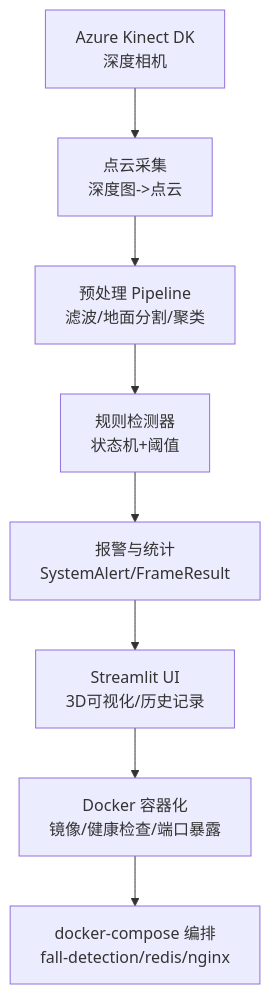
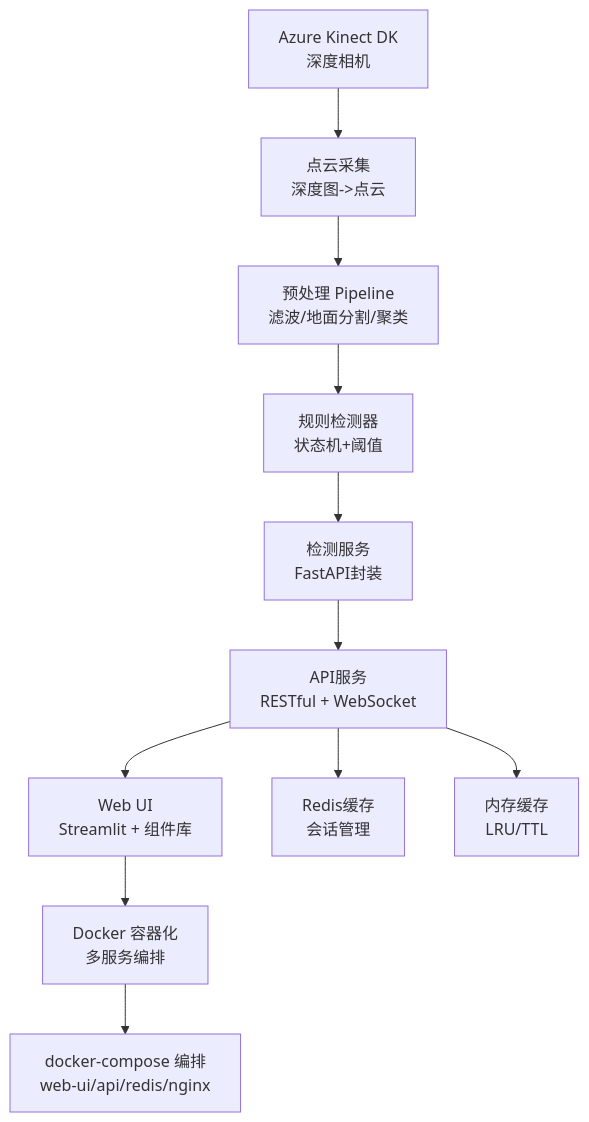
One commit to nanfeng2021/fall-detection-system changed the second of 10 diagrams in .qoder/repowiki/zh/content/系统架构/技术栈选型.md. Above: the diagram before and after it, drawn with Mermaid. The commit also changed other lines of this file and 16 other files, not shown here.

````diff
--- a/.qoder/repowiki/zh/content/系统架构/技术栈选型.md
+++ b/.qoder/repowiki/zh/content/系统架构/技术栈选型.md
@@ -98,10 +143,13 @@
 ```mermaid
 graph TB
 A["Azure Kinect DK<br/>深度相机"] --> B["点云采集<br/>深度图->点云"]
 B --> C["预处理 Pipeline<br/>滤波/地面分割/聚类"]
 C --> D["规则检测器<br/>状态机+阈值"]
-D --> E["报警与统计<br/>SystemAlert/FrameResult"]
-E --> F["Streamlit UI<br/>3D可视化/历史记录"]
-F --> G["Docker 容器化<br/>镜像/健康检查/端口暴露"]
-G --> H["docker-compose 编排<br/>fall-detection/redis/nginx"]
+D --> E["检测服务<br/>FastAPI封装"]
+E --> F["API服务<br/>RESTful + WebSocket"]
+F --> G["Web UI<br/>Streamlit + 组件库"]
+F --> H["Redis缓存<br/>会话管理"]
+F --> I["内存缓存<br/>LRU/TTL"]
+G --> J["Docker 容器化<br/>多服务编排"]
+J --> K["docker-compose 编排<br/>web-ui/api/redis/nginx"]
 ```
````
